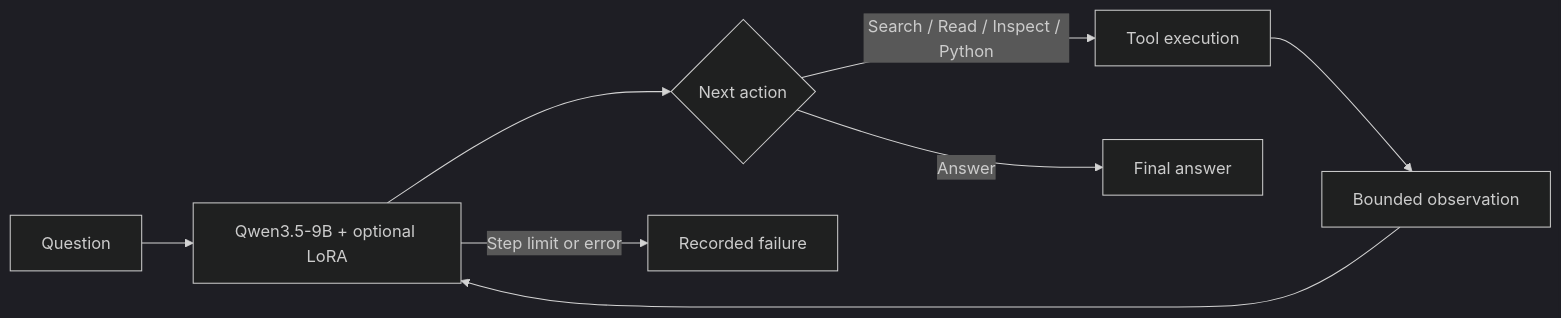
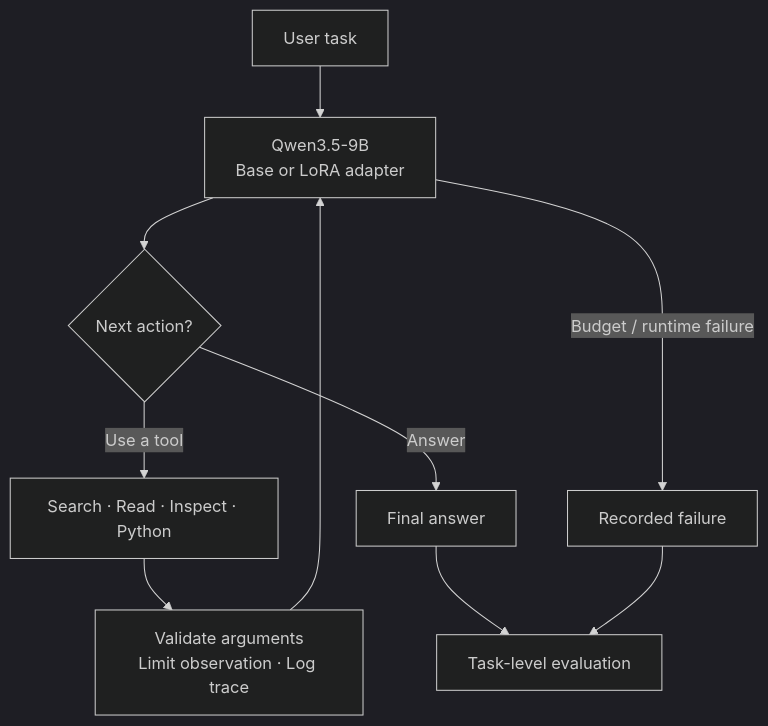
Before and after one commit to kolihhan/small-agent-qlora: the diagram in README.md, drawn with Mermaid (dark theme). The commit also changed other lines of this file, not shown here.

````diff
--- a/README.md
+++ b/README.md
@@ -49,10 +69,12 @@
-~~~mermaid
-flowchart LR
-    Q[Question] --> M[Qwen3.5-9B + optional LoRA]
-    M --> D{Next action}
-    D -->|Search / Read / Inspect / Python| T[Tool execution]
-    T --> O[Bounded observation]
-    O --> M
-    D -->|Answer| F[Final answer]
-    M -->|Step limit or error| E[Recorded failure]
-~~~
+```mermaid
+flowchart TD
+    Q["User task"] --> M["Qwen3.5-9B<br/>Base or LoRA adapter"]
+    M --> D{"Next action?"}
+    D -->|"Use a tool"| T["Search · Read · Inspect · Python"]
+    T --> G["Validate arguments<br/>Limit observation · Log trace"]
+    G --> M
+    D -->|"Answer"| F["Final answer"]
+    M -->|"Budget / runtime failure"| X["Recorded failure"]
+    F --> E["Task-level evaluation"]
+    X --> E
+```
````
